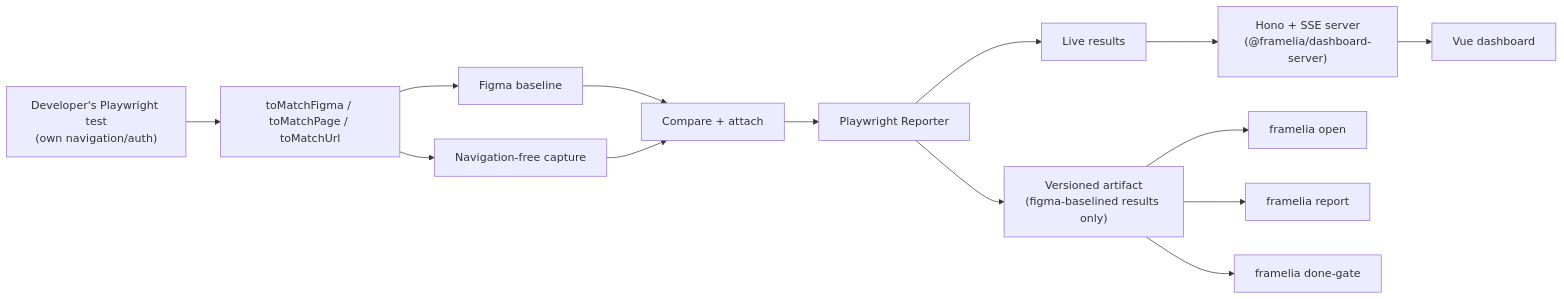
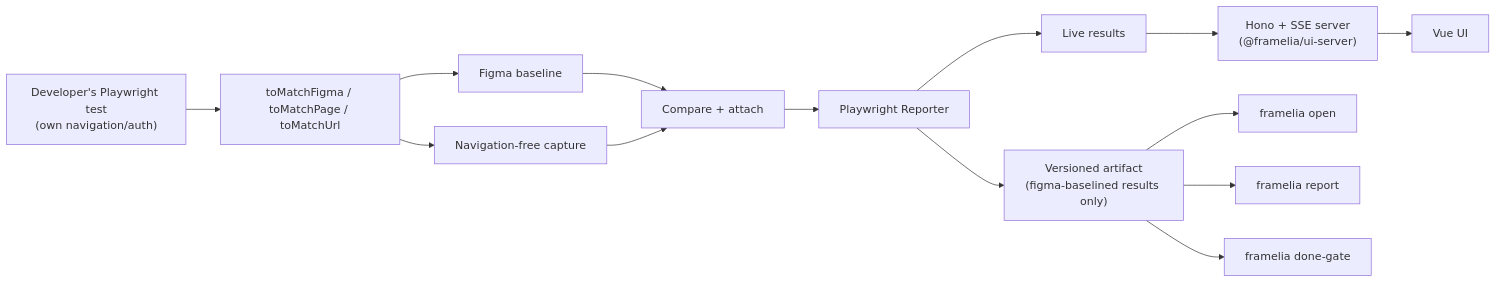
Before and after one commit to hungify/framelia: the first of 2 diagrams in README.md, drawn with Mermaid. The commit also changed other lines of this file and 118 other files, not shown here.

````diff
--- a/README.md
+++ b/README.md
@@ -13,18 +13,18 @@
 ```mermaid
 flowchart LR
   Dev["Developer's Playwright test<br/>(own navigation/auth)"] --> Matcher["toMatchFigma / toMatchPage / toMatchUrl"]
   Matcher --> Figma["Figma baseline"]
   Matcher --> Capture["Navigation-free capture"]
   Figma --> Pipeline["Compare + attach"]
   Capture --> Pipeline
   Pipeline --> Reporter["Playwright Reporter"]
 
   Reporter --> Events["Live results"]
-  Events --> Server["Hono + SSE server<br/>(@framelia/dashboard-server)"]
-  Server --> Dashboard["Vue dashboard"]
+  Events --> Server["Hono + SSE server<br/>(@framelia/ui-server)"]
+  Server --> UI["Vue UI"]
   Reporter --> Artifact["Versioned artifact<br/>(figma-baselined results only)"]
 
   Artifact --> Open["framelia open"]
   Artifact --> Report["framelia report"]
   Artifact --> DoneGate["framelia done-gate"]
 ```
````
